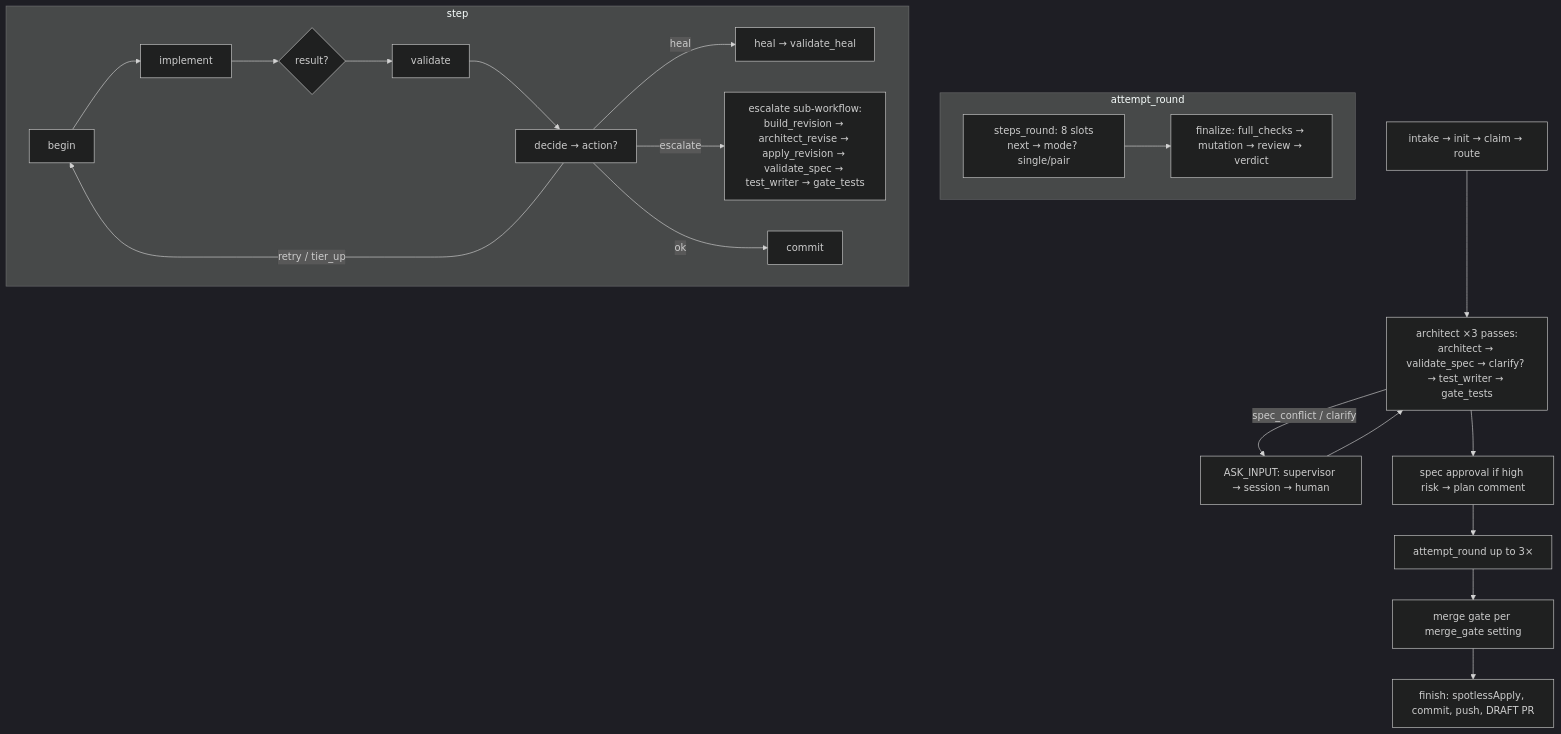
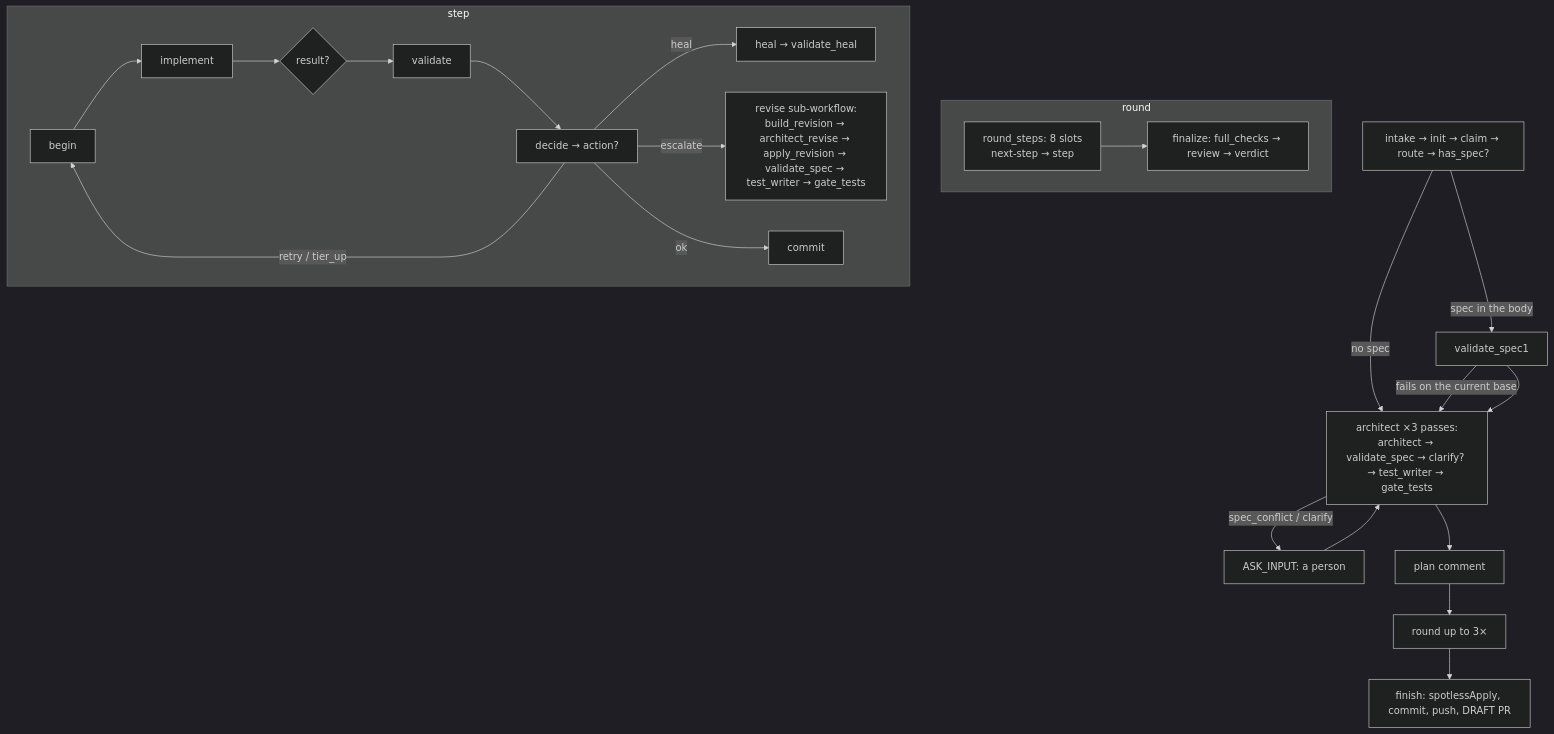
Before and after one commit to infenia/yukta-dogfood: the seventh of 7 diagrams in ARCHITECTURE.md, drawn with Mermaid (dark theme). The commit also changed other lines of this file and 88 other files, not shown here.

First line of the commit message:
Merge pull request #25 from infenia/feat/ticket-body

````diff
--- a/ARCHITECTURE.md
+++ b/ARCHITECTURE.md
@@ -584,20 +564,22 @@
 ```mermaid
 flowchart TD
-  I[intake → init → claim → route] --> A[architect ×3 passes:<br/>architect → validate_spec → clarify? → test_writer → gate_tests]
-  A -->|spec_conflict / clarify| Q[ASK_INPUT: supervisor → session → human]
+  I[intake → init → claim → route → has_spec?] -->|spec in the body| V1[validate_spec1]
+  I -->|no spec| A[architect ×3 passes:<br/>architect → validate_spec → clarify? → test_writer → gate_tests]
+  V1 -->|fails on the current base| A
+  V1 --> A
+  A -->|spec_conflict / clarify| Q[ASK_INPUT: a person]
   Q --> A
-  A --> P[spec approval if high risk → plan comment]
-  P --> R[attempt_round up to 3×]
-  R --> M[merge gate per merge_gate setting]
-  M --> F[finish: spotlessApply, commit, push, DRAFT PR]
-  subgraph attempt_round
-    ST[steps_round: 8 slots<br/>next → mode? single/pair] --> FIN[finalize: full_checks → mutation → review → verdict]
+  A --> P[plan comment]
+  P --> R[round up to 3×]
+  R --> F[finish: spotlessApply, commit, push, DRAFT PR]
+  subgraph round
+    ST[round_steps: 8 slots<br/>next-step → step] --> FIN[finalize: full_checks → review → verdict]
   end
   subgraph step
     B[begin] --> IM[implement] --> RS{result?} --> V[validate] --> D[decide → action?]
     D -->|heal| H[heal → validate_heal]
     D -->|retry / tier_up| B
-    D -->|escalate| E[escalate sub-workflow:<br/>build_revision → architect_revise → apply_revision → validate_spec → test_writer → gate_tests]
+    D -->|escalate| E[revise sub-workflow:<br/>build_revision → architect_revise → apply_revision → validate_spec → test_writer → gate_tests]
     D -->|ok| CM[commit]
   end
 ```
````
